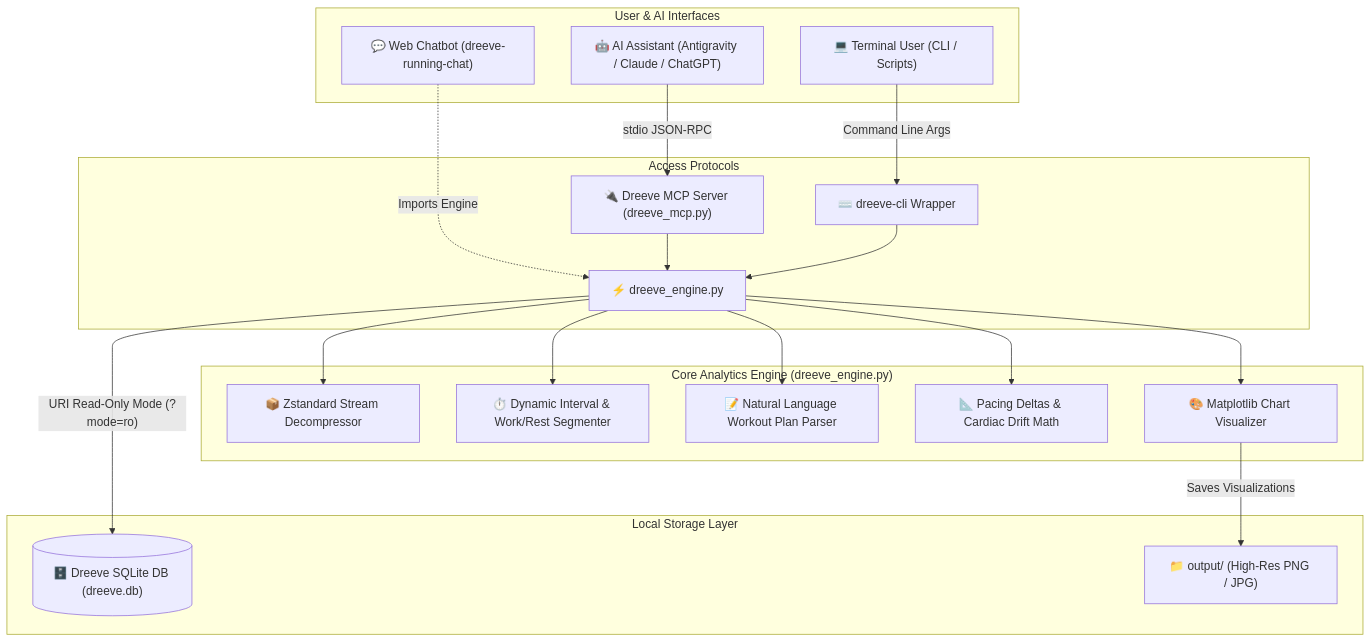
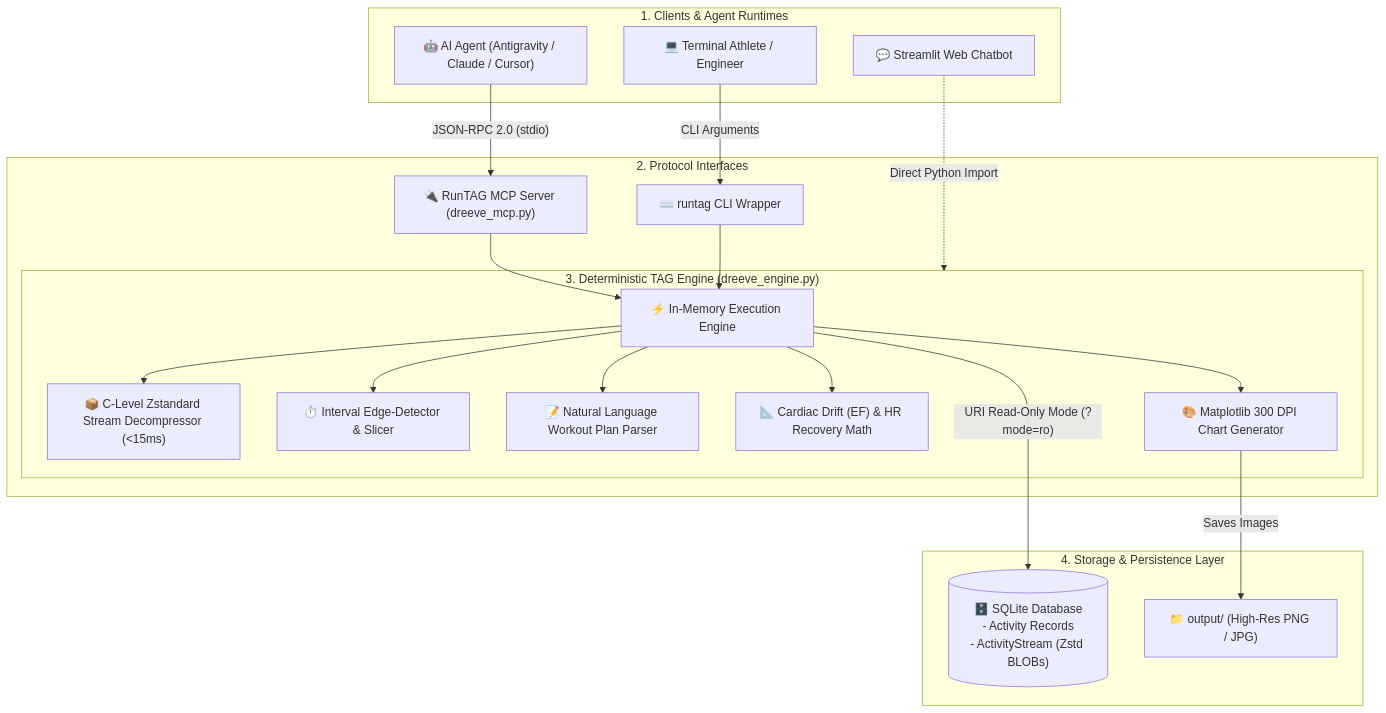
The diagram in README.md (JournalKenobi11/RunTAG), drawn with Mermaid before and after one commit. The commit also changed other lines of this file and 3 other files, not shown here.

Commit message:
feat(branding): establish RunTAG identity with TAG architecture and runtag CLI

````diff
--- a/README.md
+++ b/README.md
@@ -18,30 +34,30 @@
 ```mermaid
 flowchart TD
-    subgraph Clients["User & AI Interfaces"]
-        Agent["🤖 AI Assistant (Antigravity / Claude / ChatGPT)"]
-        Terminal["💻 Terminal User (CLI / Scripts)"]
-        WebChat["💬 Web Chatbot (dreeve-running-chat)"]
+    subgraph Clients["1. Clients & Agent Runtimes"]
+        Agent["🤖 AI Agent (Antigravity / Claude / Cursor)"]
+        Terminal["💻 Terminal Athlete / Engineer"]
+        WebChat["💬 Streamlit Web Chatbot"]
     end
 
-    subgraph Interfaces["Access Protocols"]
-        Agent -->|"stdio JSON-RPC"| MCPServer["🔌 Dreeve MCP Server (dreeve_mcp.py)"]
-        Terminal -->|"Command Line Args"| CLI["⌨️ dreeve-cli Wrapper"]
-        WebChat -.->|"Imports Engine"| Engine
+    subgraph AccessProtocols["2. Protocol Interfaces"]
+        Agent -->|"JSON-RPC 2.0 (stdio)"| MCPServer["🔌 RunTAG MCP Server (dreeve_mcp.py)"]
+        Terminal -->|"CLI Arguments"| CLI["⌨️ runtag CLI Wrapper"]
+        WebChat -.->|"Direct Python Import"| CoreEngine
     end
 
-    subgraph CoreEngine["Core Analytics Engine (dreeve_engine.py)"]
-        MCPServer --> Engine["⚡ dreeve_engine.py"]
-        CLI --> Engine
+    subgraph CoreEngine["3. Deterministic TAG Engine (dreeve_engine.py)"]
+        MCPServer --> EngineCore["⚡ In-Memory Execution Engine"]
+        CLI --> EngineCore
 
-        Engine --> StreamDecompressor["📦 Zstandard Stream Decompressor"]
-        Engine --> IntervalDetector["⏱️ Dynamic Interval & Work/Rest Segmenter"]
-        Engine --> PlanParser["📝 Natural Language Workout Plan Parser"]
-        Engine --> MathStats["📐 Pacing Deltas & Cardiac Drift Math"]
-        Engine --> ChartGen["🎨 Matplotlib Chart Visualizer"]
+        EngineCore --> Zstd["📦 C-Level Zstandard Stream Decompressor (<15ms)"]
+        EngineCore --> Segmenter["⏱️ Interval Edge-Detector & Slicer"]
+        EngineCore --> RegexParser["📝 Natural Language Workout Plan Parser"]
+        EngineCore --> Biostats["📐 Cardiac Drift (EF) & HR Recovery Math"]
+        EngineCore --> Visualizer["🎨 Matplotlib 300 DPI Chart Generator"]
     end
 
-    subgraph DataStorage["Local Storage Layer"]
-        Engine -->|"URI Read-Only Mode (?mode=ro)"| SQLite[("🗄️ Dreeve SQLite DB (dreeve.db)")]
-        ChartGen -->|"Saves Visualizations"| OutputDir["📁 output/ (High-Res PNG / JPG)"]
+    subgraph Storage["4. Storage & Persistence Layer"]
+        EngineCore -->|"URI Read-Only Mode (?mode=ro)"| SQLite[("🗄️ SQLite Database\n- Activity Records\n- ActivityStream (Zstd BLOBs)")]
+        Visualizer -->|"Saves Images"| OutputDir["📁 output/ (High-Res PNG / JPG)"]
     end
 ```
````
